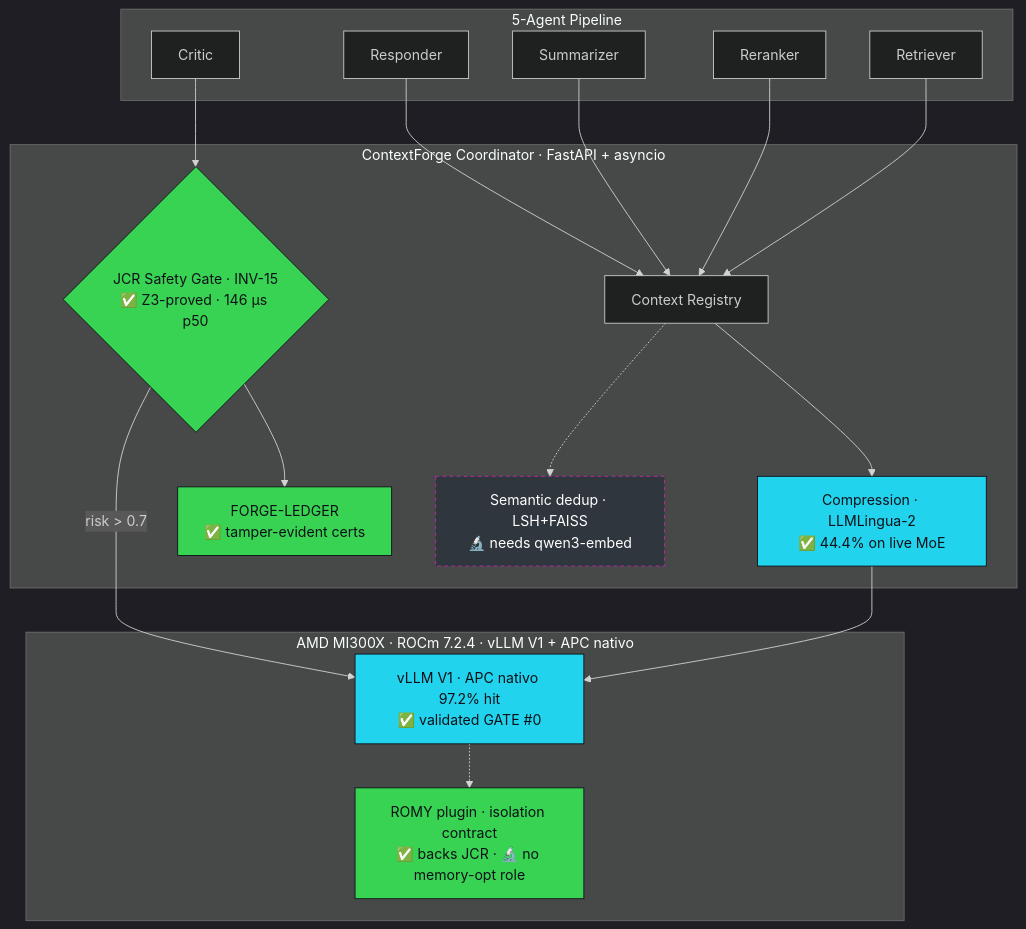
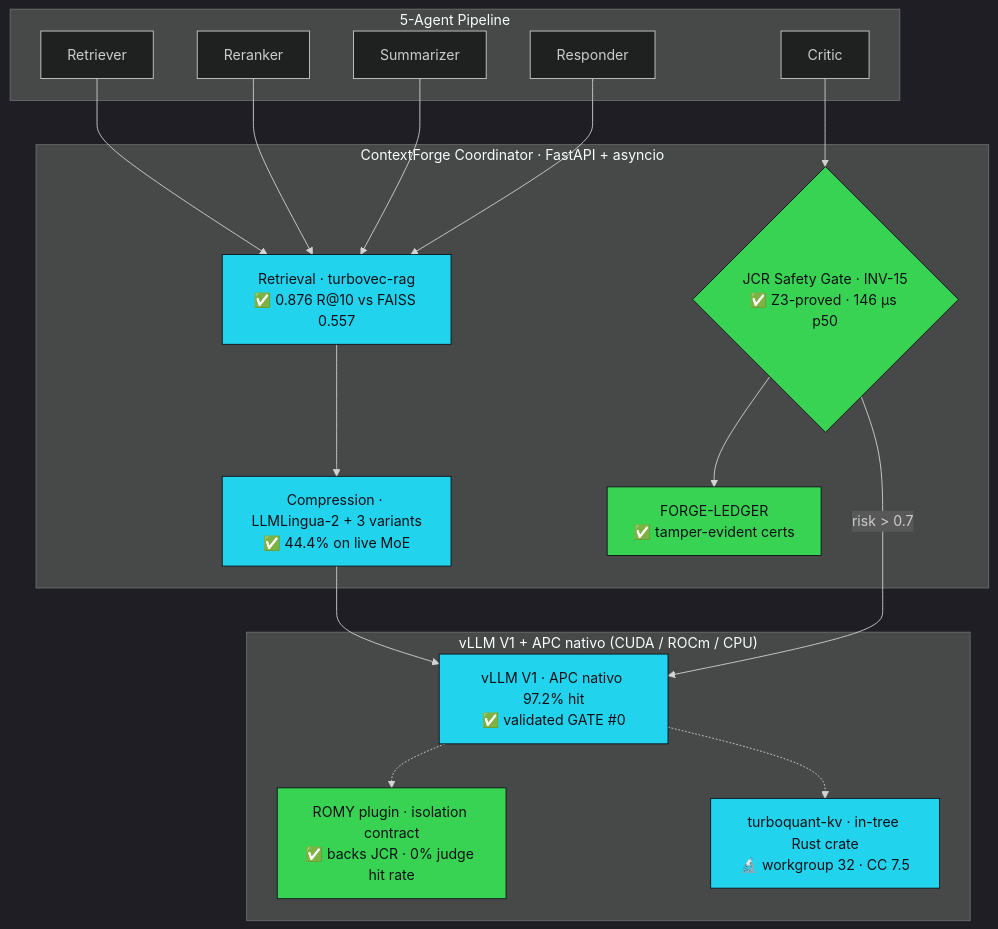
Before and after one commit to SuarezPM/Apohara_Context_Forge: the diagram in README.md, drawn with Mermaid. The commit also changed other lines of this file and 33 other files, not shown here.

````diff
--- a/README.md
+++ b/README.md
@@ -110,29 +111,30 @@
 ```mermaid
 %%{init: {'theme':'dark', 'themeVariables': {'fontFamily':'ui-monospace, monospace'}}}%%
 flowchart TB
     subgraph Agents["5-Agent Pipeline"]
         A1[Retriever] & A2[Reranker] & A3[Summarizer] & A4[Critic] & A5[Responder]
     end
     subgraph CF["ContextForge Coordinator · FastAPI + asyncio"]
-        REG["Context Registry"]
-        COMP["Compression · LLMLingua-2<br/>✅ 44.4% on live MoE"]
+        RET["Retrieval · turbovec-rag<br/>✅ 0.876 R@10 vs FAISS 0.557"]
+        COMP["Compression · LLMLingua-2 + 3 variants<br/>✅ 44.4% on live MoE"]
         JCR{"JCR Safety Gate · INV-15<br/>✅ Z3-proved · 146 µs p50"}
         LEDGER["FORGE-LEDGER<br/>✅ tamper-evident certs"]
-        DEDUP["Semantic dedup · LSH+FAISS<br/>🔬 needs qwen3-embed"]
     end
-    subgraph Serving["AMD MI300X · ROCm 7.2.4 · vLLM V1 + APC nativo"]
+    subgraph Serving["vLLM V1 + APC nativo (CUDA / ROCm / CPU)"]
         VLLM["vLLM V1 · APC nativo 97.2% hit<br/>✅ validated GATE #0"]
-        ROMY["ROMY plugin · isolation contract<br/>✅ backs JCR · 🔬 no memory-opt role"]
+        ROMY["ROMY plugin · isolation contract<br/>✅ backs JCR · 0% judge hit rate"]
+        TQKV["turboquant-kv · in-tree Rust crate<br/>🔬 workgroup 32 · CC 7.5"]
     end
-    A1 & A2 & A3 & A5 --> REG --> COMP --> VLLM
+    A1 & A2 & A3 & A5 --> RET --> COMP --> VLLM
     A4 --> JCR -->|risk > 0.7| VLLM
     JCR --> LEDGER
-    REG -.-> DEDUP
     VLLM -.-> ROMY
+    VLLM -.-> TQKV
     style JCR fill:#39D353,stroke:#0D1117,color:#0D1117
     style LEDGER fill:#39D353,stroke:#0D1117,color:#0D1117
+    style RET fill:#22D3EE,stroke:#0D1117,color:#0D1117
     style COMP fill:#22D3EE,stroke:#0D1117,color:#0D1117
     style VLLM fill:#22D3EE,stroke:#0D1117,color:#0D1117
-    style ROMY fill:#39D353,stroke:#0D1117,color:#0D1117,stroke-dasharray:0
-    style DEDUP fill:#30363D,stroke:#C724B1,color:#fff,stroke-dasharray:4
+    style ROMY fill:#39D353,stroke:#0D1117,color:#0D1117
+    style TQKV fill:#22D3EE,stroke:#0D1117,color:#0D1117
 ```
````
